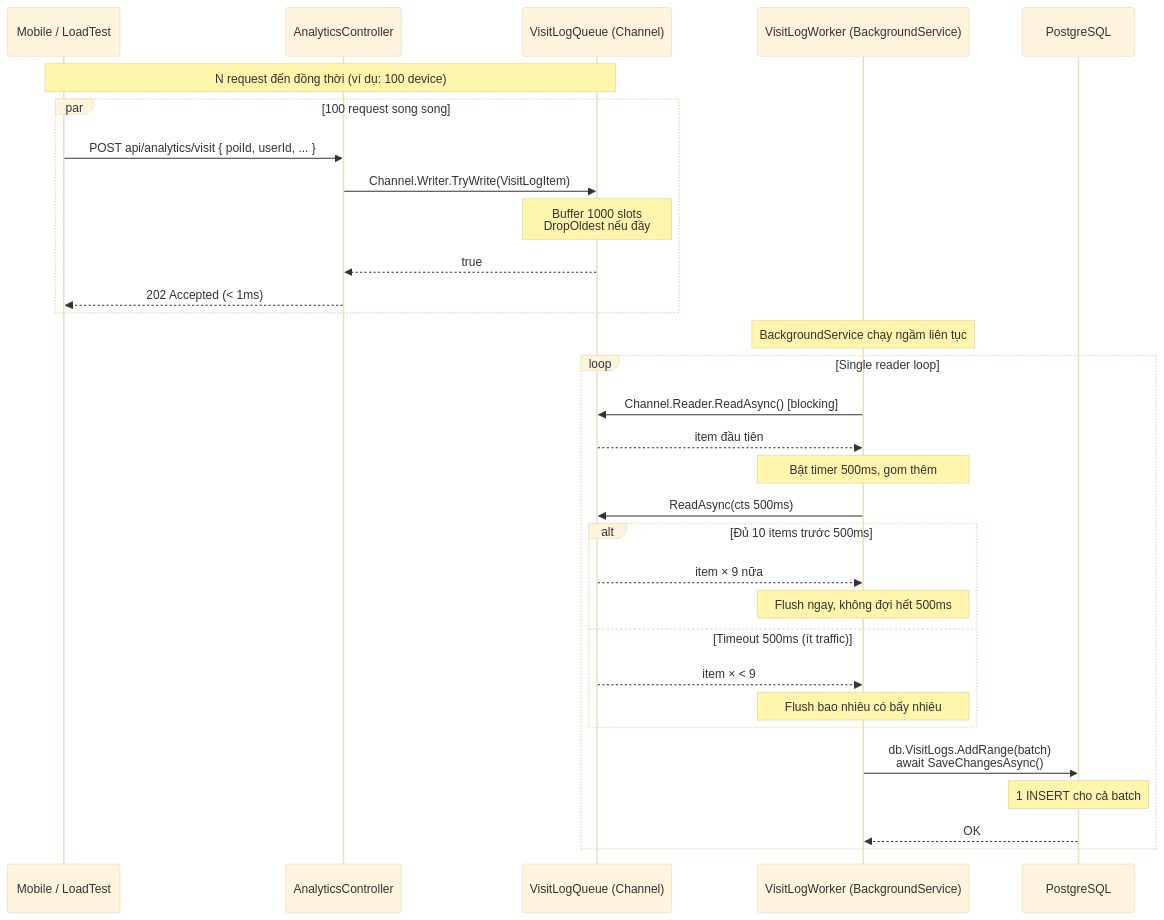
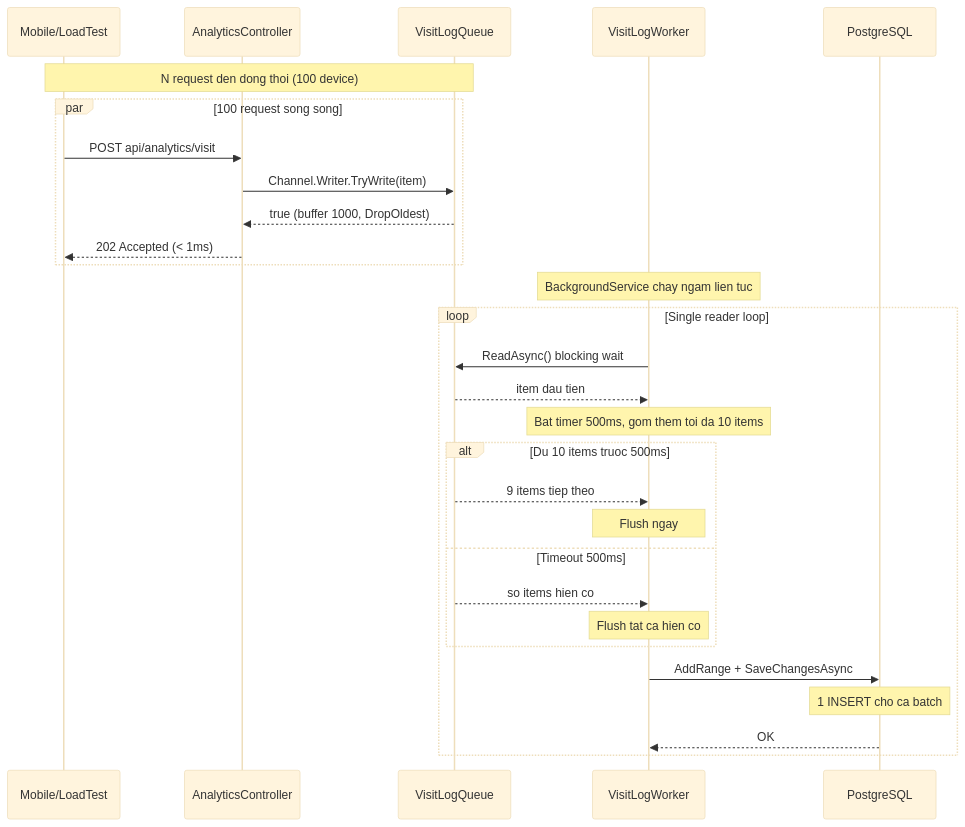
Diagram 32 of 48 in docs/PRODUCT_REQUIREMENTS.md (KhanhChung2k5/k_tour), drawn with Mermaid (base theme) before and after one commit.

Commit message:
Fix display diagram on github

````diff
--- a/docs/PRODUCT_REQUIREMENTS.md
+++ b/docs/PRODUCT_REQUIREMENTS.md
@@ -1671,37 +1671,35 @@
 ```mermaid
 sequenceDiagram
-    participant Mobile as Mobile / LoadTest
+    participant Mobile as Mobile/LoadTest
     participant API as AnalyticsController
-    participant Queue as VisitLogQueue (Channel)
-    participant Worker as VisitLogWorker (BackgroundService)
+    participant Queue as VisitLogQueue
+    participant Worker as VisitLogWorker
     participant DB as PostgreSQL
 
-    Note over Mobile,Queue: N request đến đồng thời (ví dụ: 100 device)
+    Note over Mobile,Queue: N request den dong thoi (100 device)
 
     par 100 request song song
-        Mobile->>API: POST api/analytics/visit { poiId, userId, ... }
-        API->>Queue: Channel.Writer.TryWrite(VisitLogItem)
-        Note over Queue: Buffer 1000 slots<br/>DropOldest nếu đầy
-        Queue-->>API: true
+        Mobile->>API: POST api/analytics/visit
+        API->>Queue: Channel.Writer.TryWrite(item)
+        Queue-->>API: true (buffer 1000, DropOldest)
         API-->>Mobile: 202 Accepted (< 1ms)
     end
 
-    Note over Worker: BackgroundService chạy ngầm liên tục
+    Note over Worker: BackgroundService chay ngam lien tuc
 
     loop Single reader loop
-        Worker->>Queue: Channel.Reader.ReadAsync() [blocking]
-        Queue-->>Worker: item đầu tiên
-        Note over Worker: Bật timer 500ms, gom thêm
-        Worker->>Queue: ReadAsync(cts 500ms)
-        alt Đủ 10 items trước 500ms
-            Queue-->>Worker: item × 9 nữa
-            Note over Worker: Flush ngay, không đợi hết 500ms
-        else Timeout 500ms (ít traffic)
-            Queue-->>Worker: item × < 9
-            Note over Worker: Flush bao nhiêu có bấy nhiêu
+        Worker->>Queue: ReadAsync() blocking wait
+        Queue-->>Worker: item dau tien
+        Note over Worker: Bat timer 500ms, gom them toi da 10 items
+        alt Du 10 items truoc 500ms
+            Queue-->>Worker: 9 items tiep theo
+            Note over Worker: Flush ngay
+        else Timeout 500ms
+            Queue-->>Worker: so items hien co
+            Note over Worker: Flush tat ca hien co
         end
-        Worker->>DB: db.VisitLogs.AddRange(batch)<br/>await SaveChangesAsync()
-        Note over DB: 1 INSERT cho cả batch
+        Worker->>DB: AddRange + SaveChangesAsync
+        Note over DB: 1 INSERT cho ca batch
         DB-->>Worker: OK
     end
 ```
````
